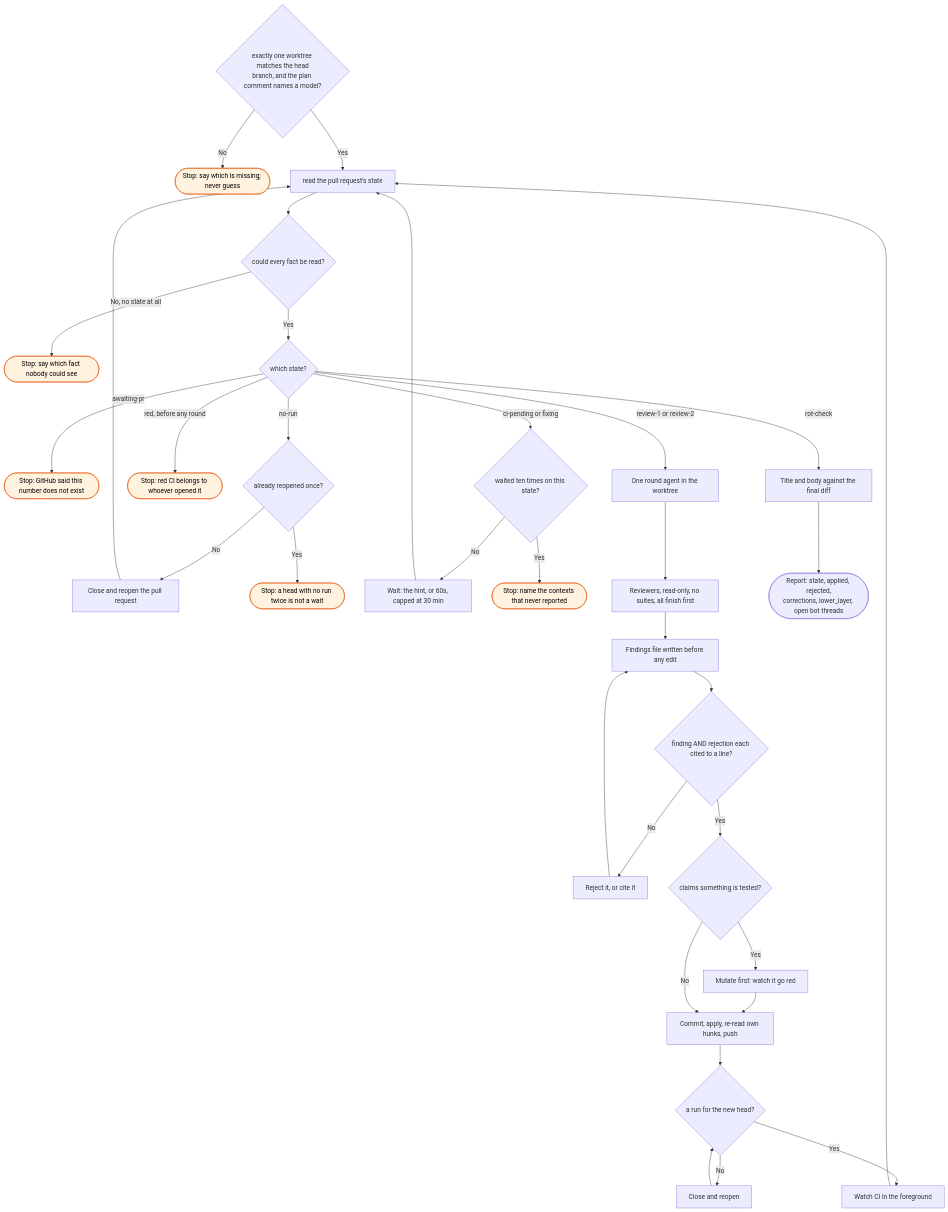
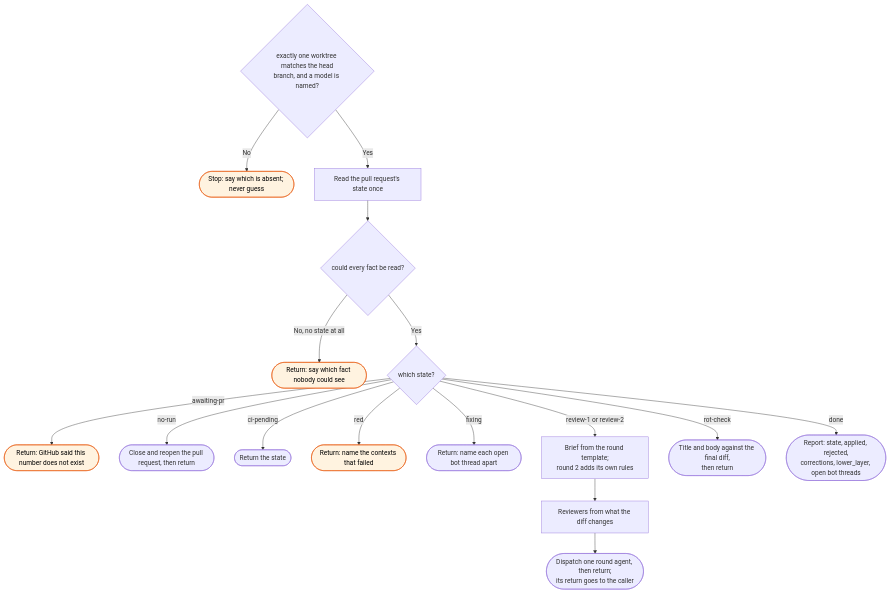
The diagram in docs/flows/workstreams/review/_skill-flow.md (bje-settings/claude), drawn with Mermaid before and after one commit. The commit also changed other lines of this file and 13 other files, not shown here.

Commit message:
docs(workstreams): flows, README and 0.10.0 for /workstreams:start

````diff
--- a/docs/flows/workstreams/review/_skill-flow.md
+++ b/docs/flows/workstreams/review/_skill-flow.md
@@ -14,36 +15,25 @@
 ```mermaid
 flowchart TD
-    W{exactly one worktree matches the head<br/>branch, and the plan comment names a model?}
-    W -->|No| W1([Stop: say which is missing; never guess]):::stop
-    W -->|Yes| C[read the pull request's state]
+    W{exactly one worktree matches the head<br/>branch, and a model is named?}
+    W -->|No| W1([Stop: say which is absent; never guess]):::stop
+    W -->|Yes| C[Read the pull request's state once]
 
     C --> D{could every fact be read?}
-    D -->|No, no state at all| D1([Stop: say which fact nobody could see]):::stop
+    D -->|No, no state at all| D1([Return: say which fact nobody could see]):::stop
     D -->|Yes| E{which state?}
 
-    E -->|awaiting-pr| E1([Stop: GitHub said this number does not exist]):::stop
-    E -->|no-run| F{already reopened once?}
-    F -->|No| F1[Close and reopen the pull request] --> C
-    F -->|Yes| F2([Stop: a head with no run twice is not a wait]):::stop
-    E -->|red, before any round| G([Stop: red CI belongs to whoever opened it]):::stop
-    E -->|ci-pending or fixing| H{waited ten times on this state?}
-    H -->|No| H1[Wait: the hint, or 60s, capped at 30 min] --> C
-    H -->|Yes| H2([Stop: name the contexts that never reported]):::stop
+    E -->|awaiting-pr| E1([Return: GitHub said this number does not exist]):::stop
+    E -->|no-run| F([Close and reopen the pull request, then return])
+    E -->|ci-pending| G([Return the state])
+    E -->|red| G1([Return: name the contexts that failed]):::stop
+    E -->|fixing| G2([Return: name each open bot thread apart])
 
-    E -->|review-1 or review-2| I[One round agent in the worktree]
-    I --> J[Reviewers, read-only, no suites, all finish first]
-    J --> K[Findings file written before any edit]
-    K --> L{finding AND rejection each cited to a line?}
-    L -->|No| L1[Reject it, or cite it] --> K
-    L -->|Yes| M{claims something is tested?}
-    M -->|Yes| M1[Mutate first: watch it go red] --> N
-    M -->|No| N[Commit, apply, re-read own hunks, push]
-    N --> O{a run for the new head?}
-    O -->|No| O1[Close and reopen] --> O
-    O -->|Yes| P[Watch CI in the foreground] --> C
+    E -->|review-1 or review-2| I[Brief from the round template;<br/>round 2 adds its own rules]
+    I --> J[Reviewers from what the diff changes]
+    J --> K([Dispatch one round agent, then return;<br/>its return goes to the caller])
 
-    E -->|rot-check| Q[Title and body against the final diff]
-    Q --> S([Report: state, applied, rejected,<br/>corrections, lower_layer, open bot threads])
+    E -->|rot-check| Q([Title and body against the final diff,<br/>then return])
+    E -->|done| S([Report: state, applied, rejected,<br/>corrections, lower_layer, open bot threads])
 
     classDef stop fill:#fff3e0,stroke:#e65100,color:#000
 ```
````
